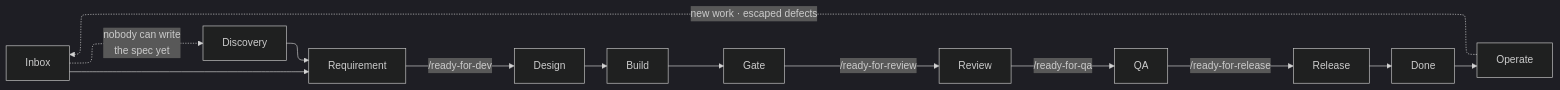
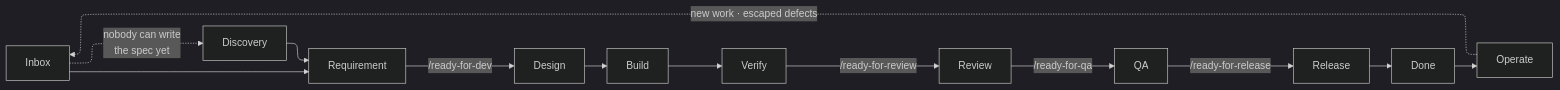
One commit to SpryElephant/mainline changed the diagram in README.md. Above: the diagram before and after it, drawn with Mermaid (dark theme). The commit also changed 12 other files, not shown here.

First line of the commit message:
docs: rename the Gate station to Verify

````diff
--- a/README.md
+++ b/README.md
@@ -29,19 +29,19 @@
 ```mermaid
 ---
 config:
   layout: elk
 ---
 flowchart LR
   Inbox --> Requirement
   Inbox -. "nobody can write<br/>the spec yet" .-> Discovery
   Discovery --> Requirement
   Requirement -- "/ready-for-dev" --> Design
   Design --> Build
-  Build --> Gate
-  Gate -- "/ready-for-review" --> Review
+  Build --> Verify
+  Verify -- "/ready-for-review" --> Review
   Review -- "/ready-for-qa" --> QA
   QA -- "/ready-for-release" --> Release
   Release --> Done
   Done --> Operate
   Operate -. "new work · escaped defects" .-> Inbox
 ```
````
